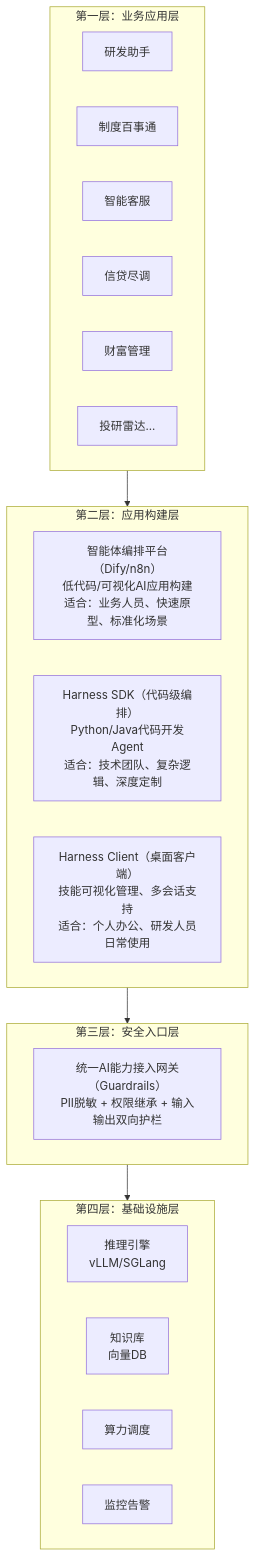
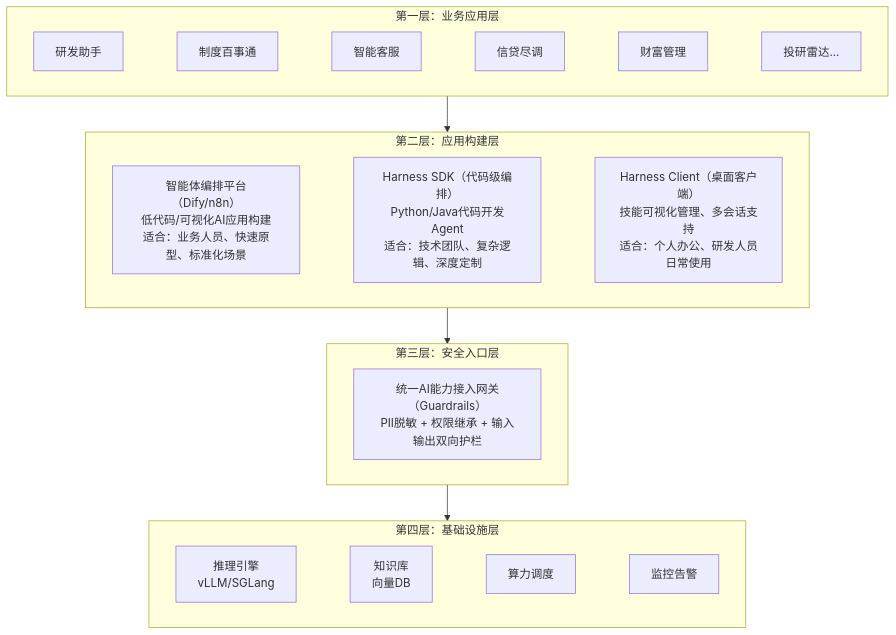
One commit to wonglaitung/splan changed the second of 38 diagrams in full_analysis/银行AI平台技术架构规划文档_科技部专属版.md. Above: the diagram before and after it, drawn with Mermaid. The commit also changed 1 other file, not shown here.

Commit message:
docs: 四层架构图并列节点补隐形连接链强制横排
仅 direction LR 对孤立节点无效，实测渲染仍竖排；
在各层 subgraph 内补 A ~~~ B ~~~ C 隐形链，
经 mmdc 渲染验证各层组件已正确横向排列。

````diff
--- a/full_analysis/银行AI平台技术架构规划文档_科技部专属版.md
+++ b/full_analysis/银行AI平台技术架构规划文档_科技部专属版.md
@@ -80,29 +80,32 @@
 ```mermaid
 flowchart TB
     subgraph L1["第一层：业务应用层"]
         direction LR
         A1["研发助手"]
         A2["制度百事通"]
         A3["智能客服"]
         A4["信贷尽调"]
         A5["财富管理"]
         A6["投研雷达..."]
+        A1 ~~~ A2 ~~~ A3 ~~~ A4 ~~~ A5 ~~~ A6
     end
     subgraph L2["第二层：应用构建层"]
         direction LR
         B1["智能体编排平台（Dify/n8n）<br/>低代码/可视化AI应用构建<br/>适合：业务人员、快速原型、标准化场景"]
         B2["Harness SDK（代码级编排）<br/>Python/Java代码开发Agent<br/>适合：技术团队、复杂逻辑、深度定制"]
         B3["Harness Client（桌面客户端）<br/>技能可视化管理、多会话支持<br/>适合：个人办公、研发人员日常使用"]
+        B1 ~~~ B2 ~~~ B3
     end
     subgraph L3["第三层：安全入口层"]
         C["统一AI能力接入网关（Guardrails）<br/>PII脱敏 + 权限继承 + 输入输出双向护栏"]
     end
     subgraph L4["第四层：基础设施层"]
         direction LR
         D1["推理引擎<br/>vLLM/SGLang"]
         D2["知识库<br/>向量DB"]
         D3["算力调度"]
         D4["监控告警"]
+        D1 ~~~ D2 ~~~ D3 ~~~ D4
     end
     L1 --> L2 --> L3 --> L4
 ```
````
